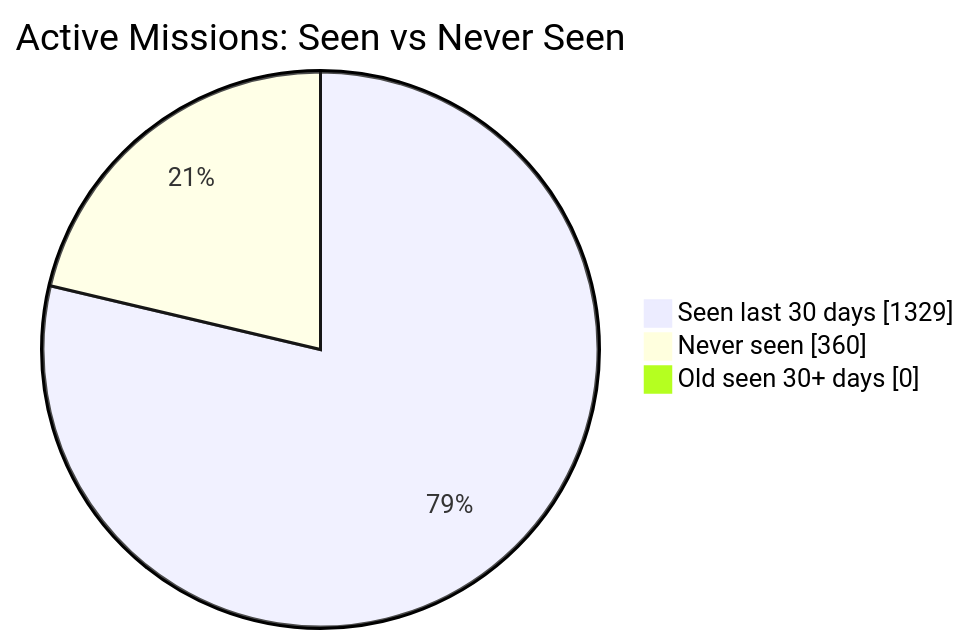
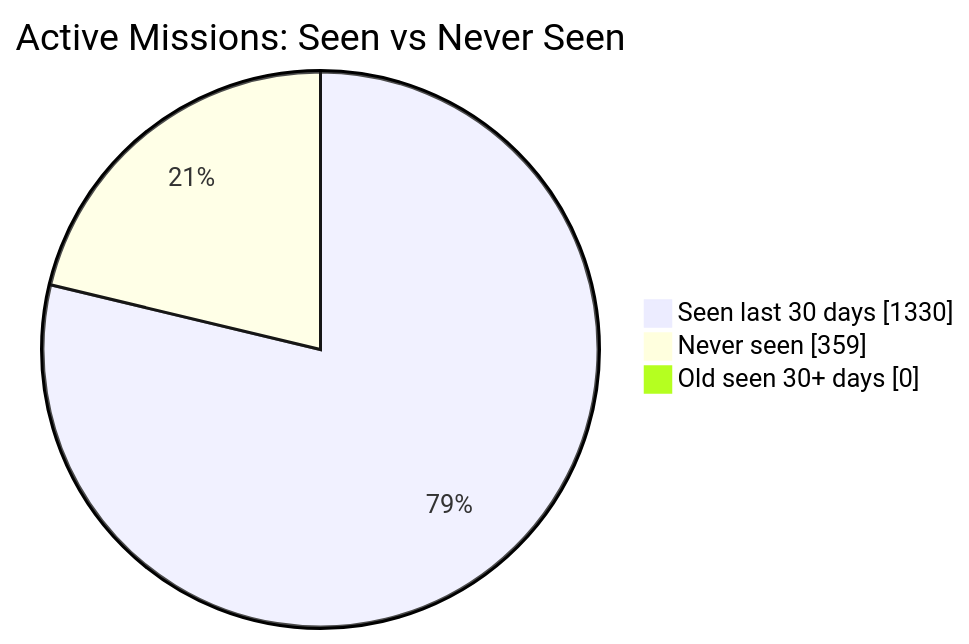
Before and after one commit to MeldkamerspelGameTeam/active-missions: the first of 2 diagrams in README.md, drawn with Mermaid. The commit also changed other lines of this file and 2 other files, not shown here.

````diff
--- a/README.md
+++ b/README.md
@@ -34,7 +34,7 @@
 ```mermaid
 pie showData
     title Active Missions: Seen vs Never Seen
-    "Seen last 30 days" : 1329
-    "Never seen" : 360
+    "Seen last 30 days" : 1330
+    "Never seen" : 359
     "Old seen 30+ days" : 0
 ```
````
